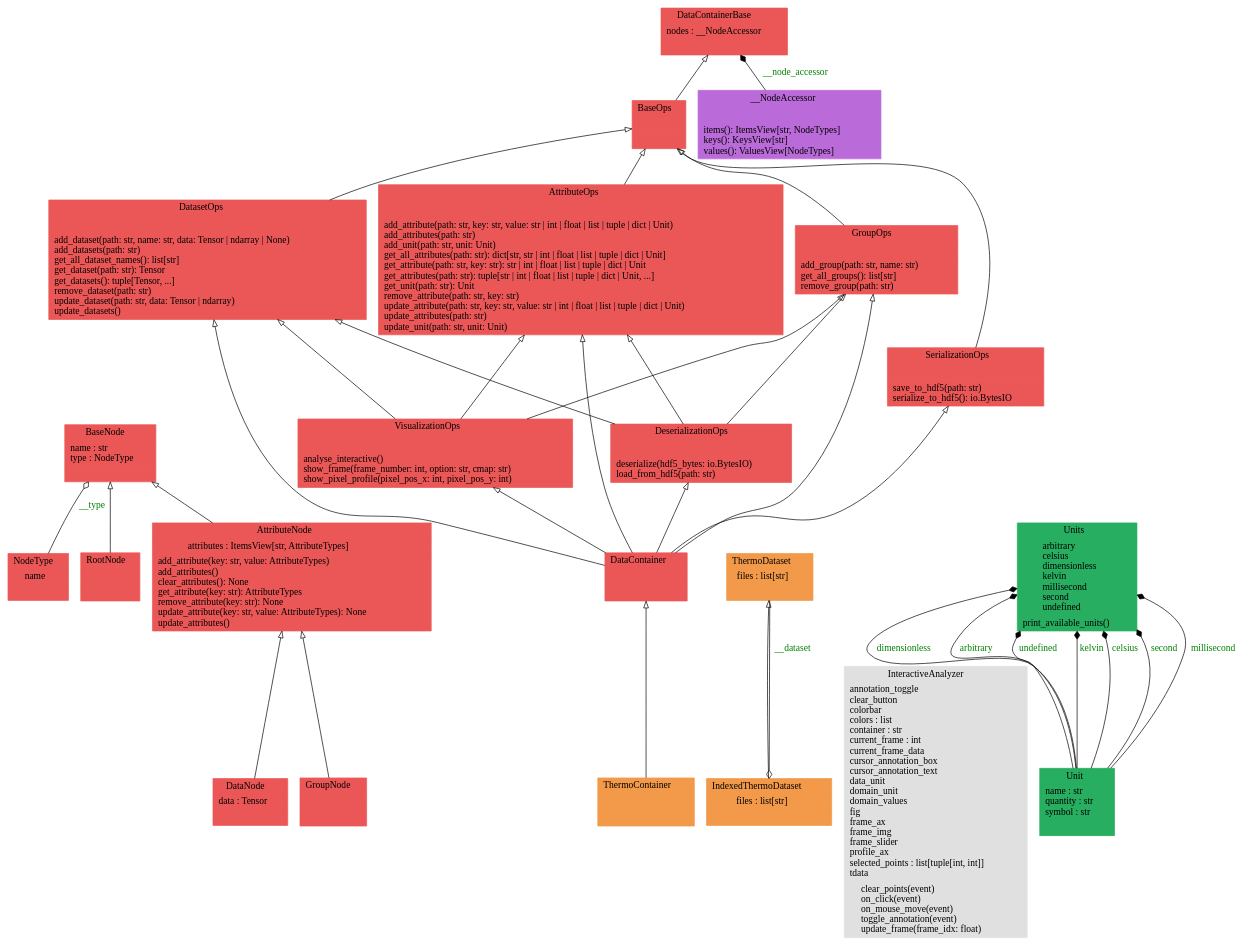
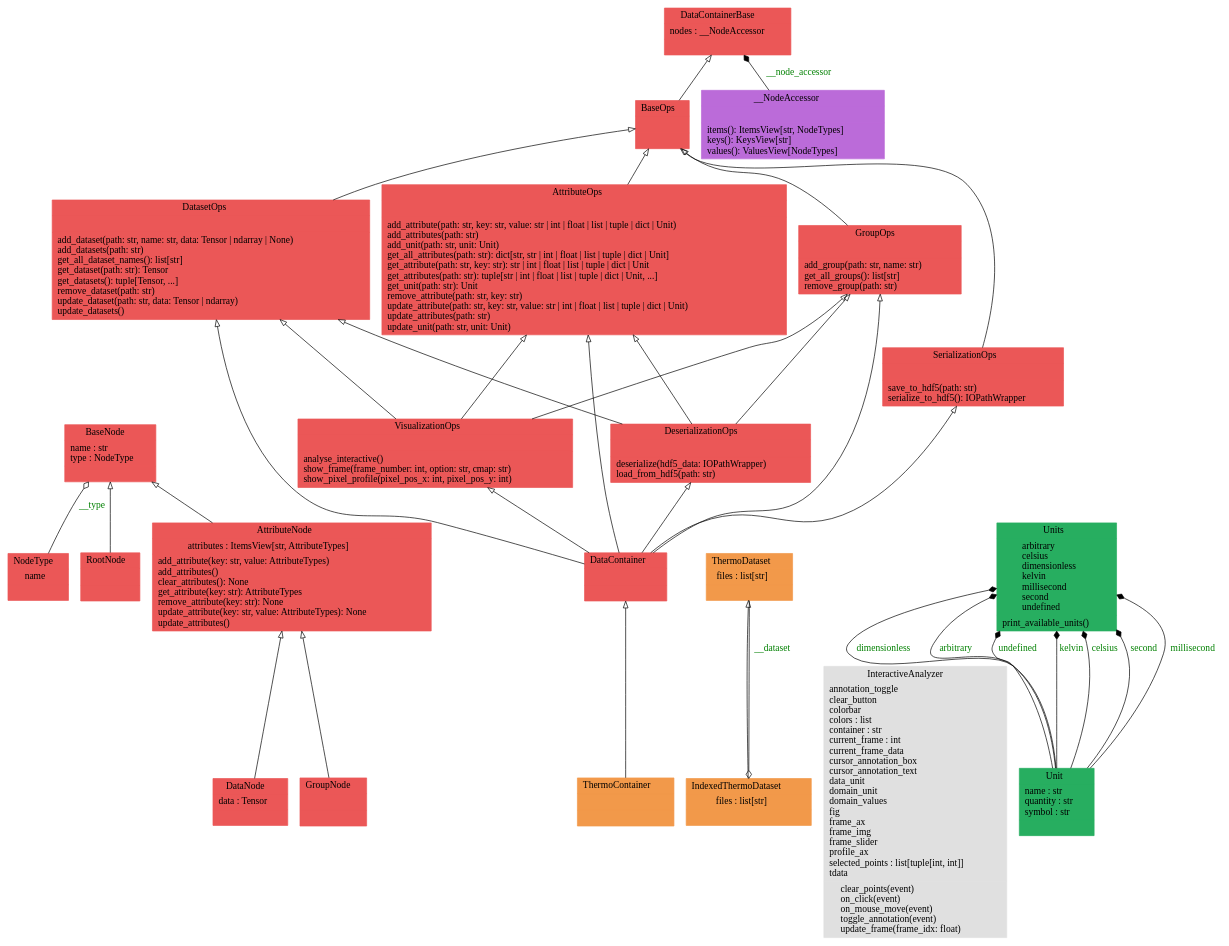
Before and after one commit to voidsy-gmbh/pyThermoNDT: the diagram in docs/pyreverse/graphviz/classes_pythermondt.data.gv, drawn with Graphviz. The commit also changed 29 other files, not shown here.

First line of the commit message:
Introduce wrapper class for unified access to file paths and file-like objects when loading data using one of the readers (#77)

```diff
--- a/docs/pyreverse/graphviz/classes_pythermondt.data.gv
+++ b/docs/pyreverse/graphviz/classes_pythermondt.data.gv
@@ -1,59 +1,59 @@
 digraph "classes_pythermondt.data" {
 rankdir=BT
 charset="utf-8"
 "pythermondt.data.datacontainer.node.AttributeNode" [color="#EB5757", fontcolor="black", label=<{AttributeNode|attributes : ItemsView[str, AttributeTypes]<br ALIGN="LEFT"/>|add_attribute(key: str, value: AttributeTypes)<br ALIGN="LEFT"/>add_attributes()<br ALIGN="LEFT"/>clear_attributes(): None<br ALIGN="LEFT"/>get_attribute(key: str): AttributeTypes<br ALIGN="LEFT"/>remove_attribute(key: str): None<br ALIGN="LEFT"/>update_attribute(key: str, value: AttributeTypes): None<br ALIGN="LEFT"/>update_attributes()<br ALIGN="LEFT"/>}>, shape="record", style="filled"];
 "pythermondt.data.datacontainer.attribute_ops.AttributeOps" [color="#EB5757", fontcolor="black", label=<{AttributeOps|<br ALIGN="LEFT"/>|add_attribute(path: str, key: str, value: str \| int \| float \| list \| tuple \| dict \| Unit)<br ALIGN="LEFT"/>add_attributes(path: str)<br ALIGN="LEFT"/>add_unit(path: str, unit: Unit)<br ALIGN="LEFT"/>get_all_attributes(path: str): dict[str, str \| int \| float \| list \| tuple \| dict \| Unit]<br ALIGN="LEFT"/>get_attribute(path: str, key: str): str \| int \| float \| list \| tuple \| dict \| Unit<br ALIGN="LEFT"/>get_attributes(path: str): tuple[str \| int \| float \| list \| tuple \| dict \| Unit, ...]<br ALIGN="LEFT"/>get_unit(path: str): Unit<br ALIGN="LEFT"/>remove_attribute(path: str, key: str)<br ALIGN="LEFT"/>update_attribute(path: str, key: str, value: str \| int \| float \| list \| tuple \| dict \| Unit)<br ALIGN="LEFT"/>update_attributes(path: str)<br ALIGN="LEFT"/>update_unit(path: str, unit: Unit)<br ALIGN="LEFT"/>}>, shape="record", style="filled"];
 "pythermondt.data.datacontainer.node.BaseNode" [color="#EB5757", fontcolor="black", label=<{BaseNode|name : str<br ALIGN="LEFT"/>type : NodeType<br ALIGN="LEFT"/>|}>, shape="record", style="filled"];
 "pythermondt.data.datacontainer.base.BaseOps" [color="#EB5757", fontcolor="black", label=<{BaseOps|<br ALIGN="LEFT"/>|}>, shape="record", style="filled"];
 "pythermondt.data.datacontainer.core.DataContainer" [color="#EB5757", fontcolor="black", label=<{DataContainer|<br ALIGN="LEFT"/>|}>, shape="record", style="filled"];
 "pythermondt.data.datacontainer.base.DataContainerBase" [color="#EB5757", fontcolor="black", label=<{DataContainerBase|nodes : __NodeAccessor<br ALIGN="LEFT"/>|}>, shape="record", style="filled"];
 "pythermondt.data.datacontainer.node.DataNode" [color="#EB5757", fontcolor="black", label=<{DataNode|data : Tensor<br ALIGN="LEFT"/>|}>, shape="record", style="filled"];
 "pythermondt.data.datacontainer.dataset_ops.DatasetOps" [color="#EB5757", fontcolor="black", label=<{DatasetOps|<br ALIGN="LEFT"/>|add_dataset(path: str, name: str, data: Tensor \| ndarray \| None)<br ALIGN="LEFT"/>add_datasets(path: str)<br ALIGN="LEFT"/>get_all_dataset_names(): list[str]<br ALIGN="LEFT"/>get_dataset(path: str): Tensor<br ALIGN="LEFT"/>get_datasets(): tuple[Tensor, ...]<br ALIGN="LEFT"/>remove_dataset(path: str)<br ALIGN="LEFT"/>update_dataset(path: str, data: Tensor \| ndarray)<br ALIGN="LEFT"/>update_datasets()<br ALIGN="LEFT"/>}>, shape="record", style="filled"];
-"pythermondt.data.datacontainer.serialization_ops.DeserializationOps" [color="#EB5757", fontcolor="black", label=<{DeserializationOps|<br ALIGN="LEFT"/>|deserialize(hdf5_bytes: io.BytesIO)<br ALIGN="LEFT"/>load_from_hdf5(path: str)<br ALIGN="LEFT"/>}>, shape="record", style="filled"];
+"pythermondt.data.datacontainer.serialization_ops.DeserializationOps" [color="#EB5757", fontcolor="black", label=<{DeserializationOps|<br ALIGN="LEFT"/>|deserialize(hdf5_data: IOPathWrapper)<br ALIGN="LEFT"/>load_from_hdf5(path: str)<br ALIGN="LEFT"/>}>, shape="record", style="filled"];
 "pythermondt.data.datacontainer.node.GroupNode" [color="#EB5757", fontcolor="black", label=<{GroupNode|<br ALIGN="LEFT"/>|}>, shape="record", style="filled"];
 "pythermondt.data.datacontainer.group_ops.GroupOps" [color="#EB5757", fontcolor="black", label=<{GroupOps|<br ALIGN="LEFT"/>|add_group(path: str, name: str)<br ALIGN="LEFT"/>get_all_groups(): list[str]<br ALIGN="LEFT"/>remove_group(path: str)<br ALIGN="LEFT"/>}>, shape="record", style="filled"];
 "pythermondt.data.thermo_dataset.IndexedThermoDataset" [color="#F2994A", fontcolor="black", label=<{IndexedThermoDataset|files : list[str]<br ALIGN="LEFT"/>|}>, shape="record", style="filled"];
 "pythermondt.data.datacontainer.visualization_ops.VisualizationOps.InteractiveAnalyzer" [color="#E0E0E0", fontcolor="black", label=<{InteractiveAnalyzer|annotation_toggle<br ALIGN="LEFT"/>clear_button<br ALIGN="LEFT"/>colorbar<br ALIGN="LEFT"/>colors : list<br ALIGN="LEFT"/>container : str<br ALIGN="LEFT"/>current_frame : int<br ALIGN="LEFT"/>current_frame_data<br ALIGN="LEFT"/>cursor_annotation_box<br ALIGN="LEFT"/>cursor_annotation_text<br ALIGN="LEFT"/>data_unit<br ALIGN="LEFT"/>domain_unit<br ALIGN="LEFT"/>domain_values<br ALIGN="LEFT"/>fig<br ALIGN="LEFT"/>frame_ax<br ALIGN="LEFT"/>frame_img<br ALIGN="LEFT"/>frame_slider<br ALIGN="LEFT"/>profile_ax<br ALIGN="LEFT"/>selected_points : list[tuple[int, int]]<br ALIGN="LEFT"/>tdata<br ALIGN="LEFT"/>|clear_points(event)<br ALIGN="LEFT"/>on_click(event)<br ALIGN="LEFT"/>on_mouse_move(event)<br ALIGN="LEFT"/>toggle_annotation(event)<br ALIGN="LEFT"/>update_frame(frame_idx: float)<br ALIGN="LEFT"/>}>, shape="record", style="filled"];
 "pythermondt.data.datacontainer.node.NodeType" [color="#EB5757", fontcolor="black", label=<{NodeType|name<br ALIGN="LEFT"/>|}>, shape="record", style="filled"];
 "pythermondt.data.datacontainer.node.RootNode" [color="#EB5757", fontcolor="black", label=<{RootNode|<br ALIGN="LEFT"/>|}>, shape="record", style="filled"];
-"pythermondt.data.datacontainer.serialization_ops.SerializationOps" [color="#EB5757", fontcolor="black", label=<{SerializationOps|<br ALIGN="LEFT"/>|save_to_hdf5(path: str)<br ALIGN="LEFT"/>serialize_to_hdf5(): io.BytesIO<br ALIGN="LEFT"/>}>, shape="record", style="filled"];
+"pythermondt.data.datacontainer.serialization_ops.SerializationOps" [color="#EB5757", fontcolor="black", label=<{SerializationOps|<br ALIGN="LEFT"/>|save_to_hdf5(path: str)<br ALIGN="LEFT"/>serialize_to_hdf5(): IOPathWrapper<br ALIGN="LEFT"/>}>, shape="record", style="filled"];
 "pythermondt.data.thermo_container.ThermoContainer" [color="#F2994A", fontcolor="black", label=<{ThermoContainer|<br ALIGN="LEFT"/>|}>, shape="record", style="filled"];
 "pythermondt.data.thermo_dataset.ThermoDataset" [color="#F2994A", fontcolor="black", label=<{ThermoDataset|files : list[str]<br ALIGN="LEFT"/>|}>, shape="record", style="filled"];
 "pythermondt.data.units._unit.Unit" [color="#27AE60", fontcolor="black", label=<{Unit|name : str<br ALIGN="LEFT"/>quantity : str<br ALIGN="LEFT"/>symbol : str<br ALIGN="LEFT"/>|}>, shape="record", style="filled"];
 "pythermondt.data.units.units.Units" [color="#27AE60", fontcolor="black", label=<{Units|arbitrary<br ALIGN="LEFT"/>celsius<br ALIGN="LEFT"/>dimensionless<br ALIGN="LEFT"/>kelvin<br ALIGN="LEFT"/>millisecond<br ALIGN="LEFT"/>second<br ALIGN="LEFT"/>undefined<br ALIGN="LEFT"/>|print_available_units()<br ALIGN="LEFT"/>}>, shape="record", style="filled"];
 "pythermondt.data.datacontainer.visualization_ops.VisualizationOps" [color="#EB5757", fontcolor="black", label=<{VisualizationOps|<br ALIGN="LEFT"/>|analyse_interactive()<br ALIGN="LEFT"/>show_frame(frame_number: int, option: str, cmap: str)<br ALIGN="LEFT"/>show_pixel_profile(pixel_pos_x: int, pixel_pos_y: int)<br ALIGN="LEFT"/>}>, shape="record", style="filled"];
 "pythermondt.data.datacontainer.base.DataContainerBase.__NodeAccessor" [color="#BB6BD9", fontcolor="black", label=<{__NodeAccessor|<br ALIGN="LEFT"/>|items(): ItemsView[str, NodeTypes]<br ALIGN="LEFT"/>keys(): KeysView[str]<br ALIGN="LEFT"/>values(): ValuesView[NodeTypes]<br ALIGN="LEFT"/>}>, shape="record", style="filled"];
 "pythermondt.data.datacontainer.attribute_ops.AttributeOps" -> "pythermondt.data.datacontainer.base.BaseOps" [arrowhead="empty", arrowtail="none"];
 "pythermondt.data.datacontainer.base.BaseOps" -> "pythermondt.data.datacontainer.base.DataContainerBase" [arrowhead="empty", arrowtail="none"];
 "pythermondt.data.datacontainer.core.DataContainer" -> "pythermondt.data.datacontainer.attribute_ops.AttributeOps" [arrowhead="empty", arrowtail="none"];
 "pythermondt.data.datacontainer.core.DataContainer" -> "pythermondt.data.datacontainer.dataset_ops.DatasetOps" [arrowhead="empty", arrowtail="none"];
 "pythermondt.data.datacontainer.core.DataContainer" -> "pythermondt.data.datacontainer.group_ops.GroupOps" [arrowhead="empty", arrowtail="none"];
 "pythermondt.data.datacontainer.core.DataContainer" -> "pythermondt.data.datacontainer.serialization_ops.DeserializationOps" [arrowhead="empty", arrowtail="none"];
 "pythermondt.data.datacontainer.core.DataContainer" -> "pythermondt.data.datacontainer.serialization_ops.SerializationOps" [arrowhead="empty", arrowtail="none"];
 "pythermondt.data.datacontainer.core.DataContainer" -> "pythermondt.data.datacontainer.visualization_ops.VisualizationOps" [arrowhead="empty", arrowtail="none"];
 "pythermondt.data.datacontainer.dataset_ops.DatasetOps" -> "pythermondt.data.datacontainer.base.BaseOps" [arrowhead="empty", arrowtail="none"];
 "pythermondt.data.datacontainer.group_ops.GroupOps" -> "pythermondt.data.datacontainer.base.BaseOps" [arrowhead="empty", arrowtail="none"];
 "pythermondt.data.datacontainer.node.AttributeNode" -> "pythermondt.data.datacontainer.node.BaseNode" [arrowhead="empty", arrowtail="none"];
 "pythermondt.data.datacontainer.node.DataNode" -> "pythermondt.data.datacontainer.node.AttributeNode" [arrowhead="empty", arrowtail="none"];
 "pythermondt.data.datacontainer.node.GroupNode" -> "pythermondt.data.datacontainer.node.AttributeNode" [arrowhead="empty", arrowtail="none"];
 "pythermondt.data.datacontainer.node.RootNode" -> "pythermondt.data.datacontainer.node.BaseNode" [arrowhead="empty", arrowtail="none"];
 "pythermondt.data.datacontainer.serialization_ops.DeserializationOps" -> "pythermondt.data.datacontainer.attribute_ops.AttributeOps" [arrowhead="empty", arrowtail="none"];
 "pythermondt.data.datacontainer.serialization_ops.DeserializationOps" -> "pythermondt.data.datacontainer.dataset_ops.DatasetOps" [arrowhead="empty", arrowtail="none"];
 "pythermondt.data.datacontainer.serialization_ops.DeserializationOps" -> "pythermondt.data.datacontainer.group_ops.GroupOps" [arrowhead="empty", arrowtail="none"];
 "pythermondt.data.datacontainer.serialization_ops.SerializationOps" -> "pythermondt.data.datacontainer.base.BaseOps" [arrowhead="empty", arrowtail="none"];
 "pythermondt.data.datacontainer.visualization_ops.VisualizationOps" -> "pythermondt.data.datacontainer.attribute_ops.AttributeOps" [arrowhead="empty", arrowtail="none"];
 "pythermondt.data.datacontainer.visualization_ops.VisualizationOps" -> "pythermondt.data.datacontainer.dataset_ops.DatasetOps" [arrowhead="empty", arrowtail="none"];
 "pythermondt.data.datacontainer.visualization_ops.VisualizationOps" -> "pythermondt.data.datacontainer.group_ops.GroupOps" [arrowhead="empty", arrowtail="none"];
 "pythermondt.data.thermo_container.ThermoContainer" -> "pythermondt.data.datacontainer.core.DataContainer" [arrowhead="empty", arrowtail="none"];
 "pythermondt.data.thermo_dataset.IndexedThermoDataset" -> "pythermondt.data.thermo_dataset.ThermoDataset" [arrowhead="empty", arrowtail="none"];
 "pythermondt.data.datacontainer.base.DataContainerBase.__NodeAccessor" -> "pythermondt.data.datacontainer.base.DataContainerBase" [arrowhead="diamond", arrowtail="none", fontcolor="green", label="__node_accessor", style="solid"];
 "pythermondt.data.units._unit.Unit" -> "pythermondt.data.units.units.Units" [arrowhead="diamond", arrowtail="none", fontcolor="green", label="dimensionless", style="solid"];
 "pythermondt.data.units._unit.Unit" -> "pythermondt.data.units.units.Units" [arrowhead="diamond", arrowtail="none", fontcolor="green", label="arbitrary", style="solid"];
 "pythermondt.data.units._unit.Unit" -> "pythermondt.data.units.units.Units" [arrowhead="diamond", arrowtail="none", fontcolor="green", label="undefined", style="solid"];
 "pythermondt.data.units._unit.Unit" -> "pythermondt.data.units.units.Units" [arrowhead="diamond", arrowtail="none", fontcolor="green", label="kelvin", style="solid"];
 "pythermondt.data.units._unit.Unit" -> "pythermondt.data.units.units.Units" [arrowhead="diamond", arrowtail="none", fontcolor="green", label="celsius", style="solid"];
 "pythermondt.data.units._unit.Unit" -> "pythermondt.data.units.units.Units" [arrowhead="diamond", arrowtail="none", fontcolor="green", label="second", style="solid"];
 "pythermondt.data.units._unit.Unit" -> "pythermondt.data.units.units.Units" [arrowhead="diamond", arrowtail="none", fontcolor="green", label="millisecond", style="solid"];
 "pythermondt.data.datacontainer.node.NodeType" -> "pythermondt.data.datacontainer.node.BaseNode" [arrowhead="odiamond", arrowtail="none", fontcolor="green", label="__type", style="solid"];
 "pythermondt.data.thermo_dataset.ThermoDataset" -> "pythermondt.data.thermo_dataset.IndexedThermoDataset" [arrowhead="odiamond", arrowtail="none", fontcolor="green", label="__dataset", style="solid"];
 }
```
